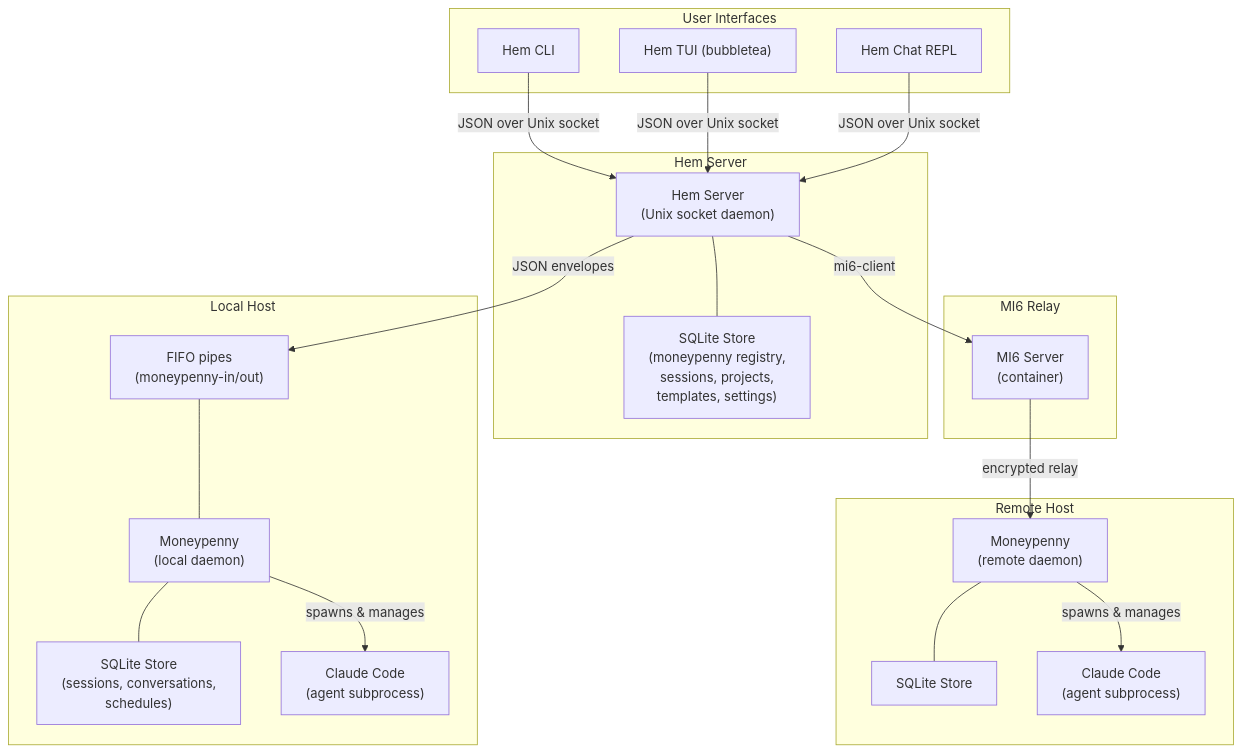
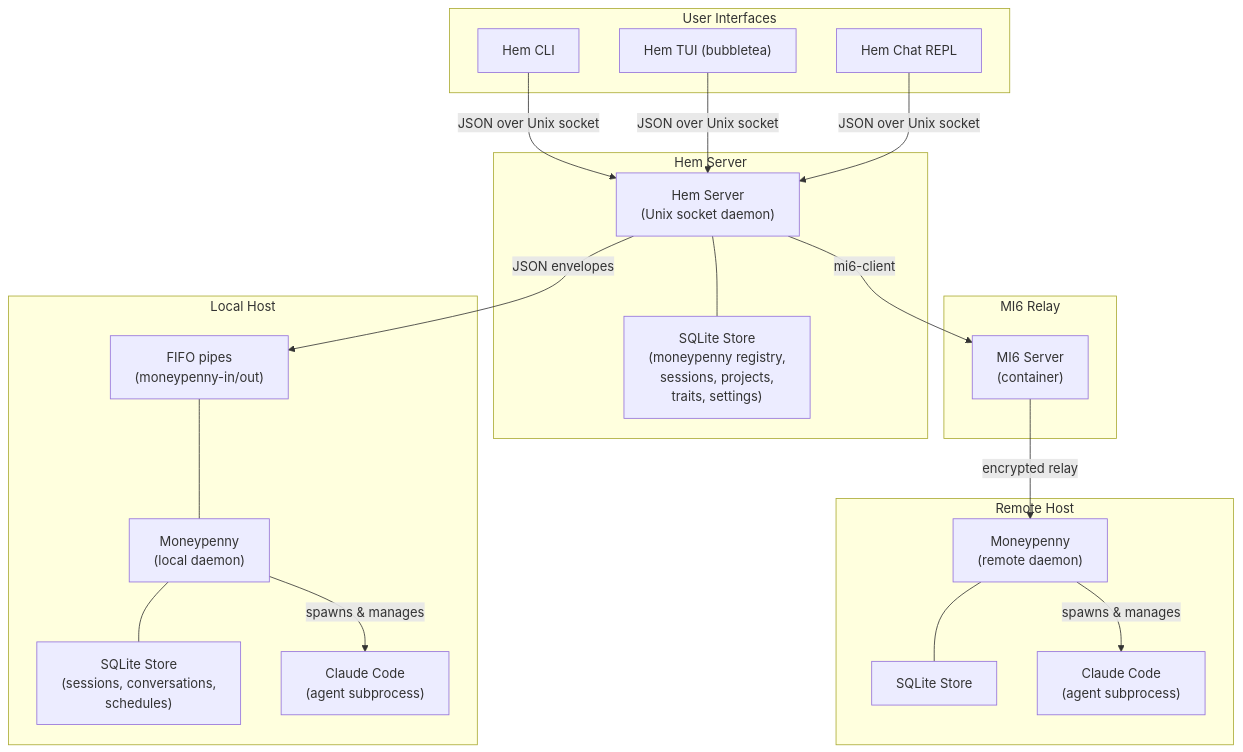
Before and after one commit to cfe84/james: the first of 2 diagrams in SPEC.md, drawn with Mermaid. The commit also changed other lines of this file and 20 other files, not shown here.

First line of the commit message:
Add agent traits, simplify review comments, remove templates

````diff
--- a/SPEC.md
+++ b/SPEC.md
@@ -10,45 +10,45 @@
 ```mermaid
 graph TB
     subgraph "User Interfaces"
         CLI["Hem CLI"]
         TUI["Hem TUI (bubbletea)"]
         CHAT["Hem Chat REPL"]
     end
 
     subgraph "Hem Server"
         SERVER["Hem Server<br/>(Unix socket daemon)"]
-        SQLITE_HEM["SQLite Store<br/>(moneypenny registry,<br/>sessions, projects,<br/>templates, settings)"]
+        SQLITE_HEM["SQLite Store<br/>(moneypenny registry,<br/>sessions, projects,<br/>traits, settings)"]
     end
 
     CLI -->|"JSON over Unix socket"| SERVER
     TUI -->|"JSON over Unix socket"| SERVER
     CHAT -->|"JSON over Unix socket"| SERVER
     SERVER --- SQLITE_HEM
 
     subgraph "Local Host"
         MP_LOCAL["Moneypenny<br/>(local daemon)"]
         FIFO["FIFO pipes<br/>(moneypenny-in/out)"]
         SQLITE_MP1["SQLite Store<br/>(sessions, conversations,<br/>schedules)"]
         AGENT1["Claude Code<br/>(agent subprocess)"]
     end
 
     SERVER -->|"JSON envelopes"| FIFO
     FIFO --- MP_LOCAL
     MP_LOCAL --- SQLITE_MP1
     MP_LOCAL -->|"spawns & manages"| AGENT1
 
     subgraph "Remote Host"
         MP_REMOTE["Moneypenny<br/>(remote daemon)"]
         SQLITE_MP2["SQLite Store"]
         AGENT2["Claude Code<br/>(agent subprocess)"]
     end
 
     subgraph "MI6 Relay"
         MI6_SERVER["MI6 Server<br/>(container)"]
     end
 
     SERVER -->|"mi6-client"| MI6_SERVER
     MI6_SERVER -->|"encrypted relay"| MP_REMOTE
     MP_REMOTE --- SQLITE_MP2
     MP_REMOTE -->|"spawns & manages"| AGENT2
 ```
````
